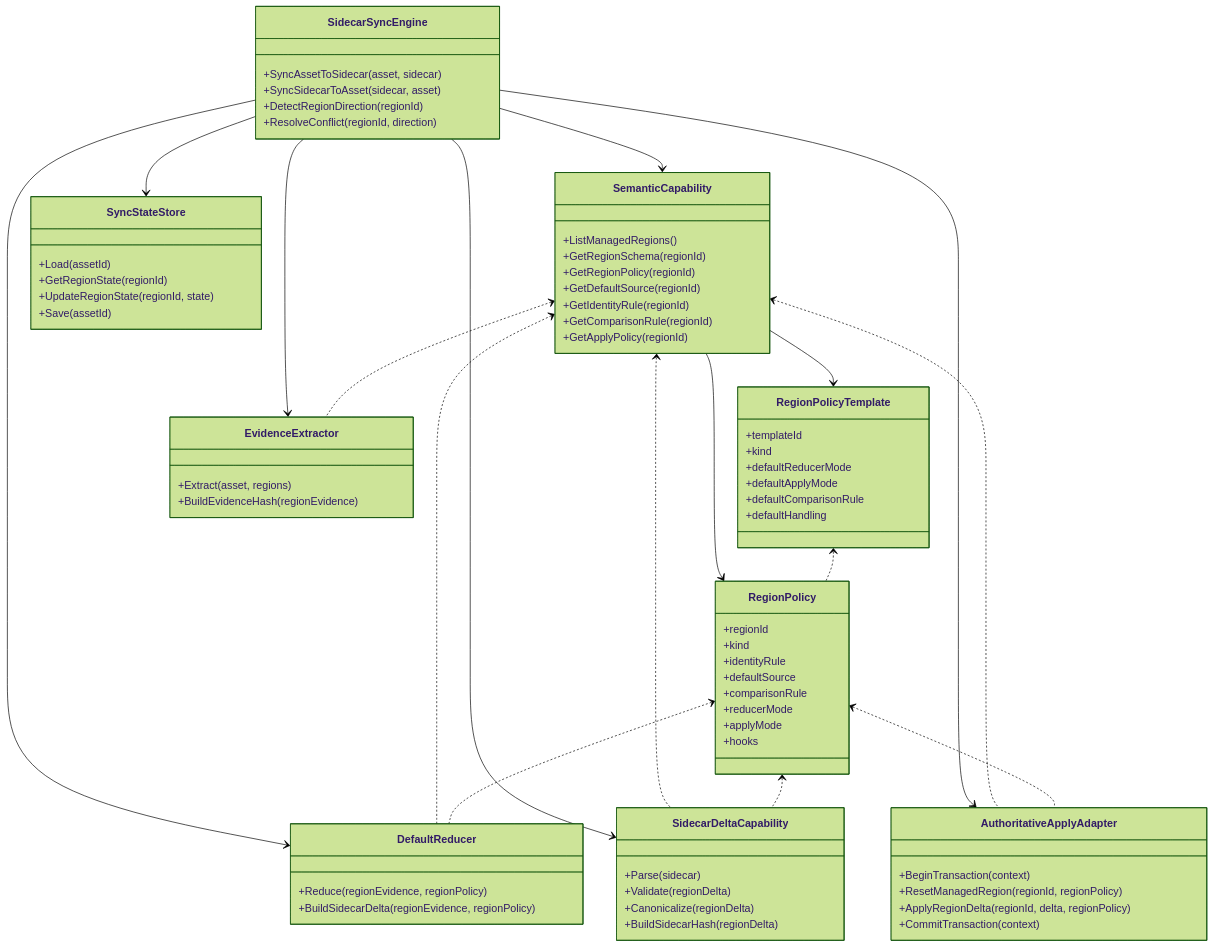
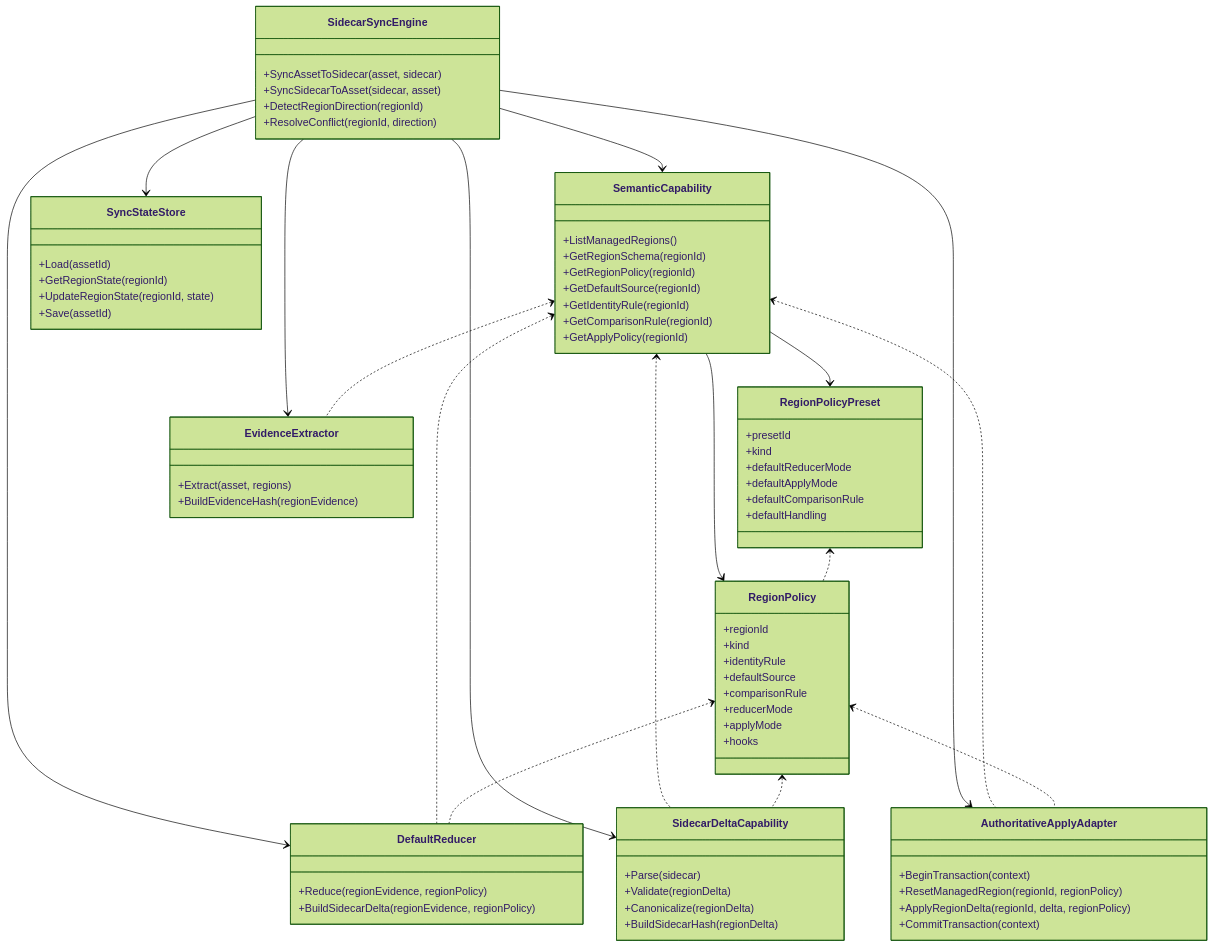
One commit to oscarrr112/UECopilot changed the first of 3 diagrams in docs/superpowers/specs/2026-06-13-asset-document-bidirectional-delta-sidecar-goal.md. Above: the diagram before and after it, drawn with Mermaid (forest theme). The commit also changed other lines of this file, not shown here.

Commit message:
docs(assetdoc): clarify region policy preset concept

````diff
--- a/docs/superpowers/specs/2026-06-13-asset-document-bidirectional-delta-sidecar-goal.md
+++ b/docs/superpowers/specs/2026-06-13-asset-document-bidirectional-delta-sidecar-goal.md
@@ -193,7 +197,7 @@
 ```mermaid
 classDiagram
-    class RegionPolicyTemplate {
-        +templateId
+    class RegionPolicyPreset {
+        +presetId
         +kind
         +defaultReducerMode
         +defaultApplyMode
@@ -260,8 +264,8 @@
         +CommitTransaction(context)
     }
 
-    RegionPolicyTemplate <.. RegionPolicy
-    SemanticCapability --> RegionPolicyTemplate
+    RegionPolicyPreset <.. RegionPolicy
+    SemanticCapability --> RegionPolicyPreset
     SemanticCapability --> RegionPolicy
     RegionPolicy <.. DefaultReducer
     RegionPolicy <.. SidecarDeltaCapability
````
